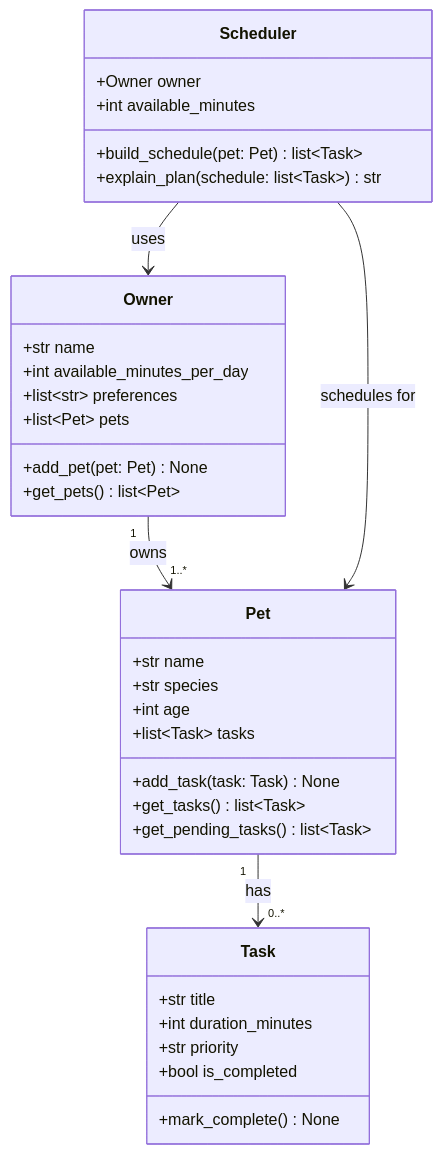
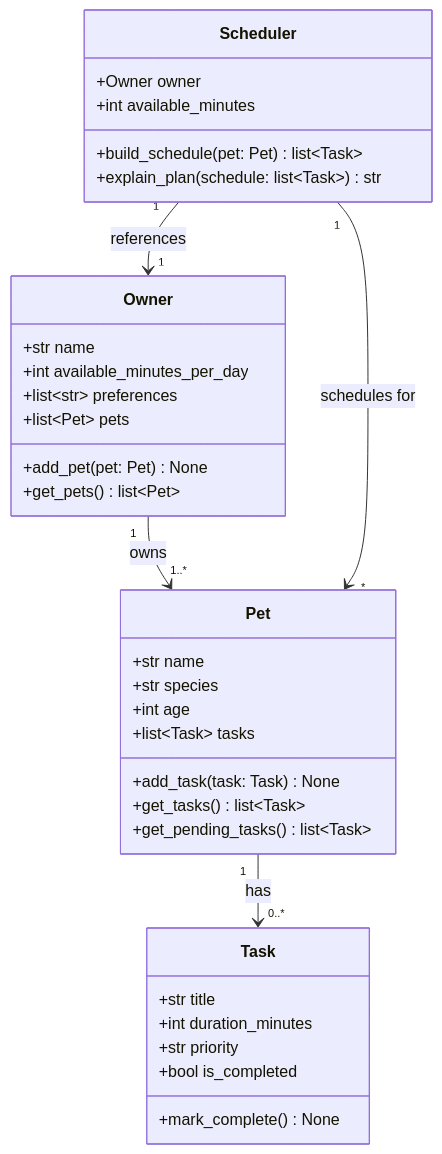
The second of 2 diagrams in plan.md (kyleclai/ai110-module2show-pawpal-starter), drawn with Mermaid before and after one commit. The commit also changed other lines of this file and 3 other files, not shown here.

````diff
--- a/plan.md
+++ b/plan.md
@@ -67,41 +145,41 @@
 ```mermaid
 classDiagram
     class Owner {
         +str name
         +int available_minutes_per_day
         +list~str~ preferences
         +list~Pet~ pets
         +add_pet(pet: Pet) None
         +get_pets() list~Pet~
     }
 
     class Pet {
         +str name
         +str species
         +int age
         +list~Task~ tasks
         +add_task(task: Task) None
         +get_tasks() list~Task~
         +get_pending_tasks() list~Task~
     }
 
     class Task {
         +str title
         +int duration_minutes
         +str priority
         +bool is_completed
         +mark_complete() None
     }
 
     class Scheduler {
         +Owner owner
         +int available_minutes
         +build_schedule(pet: Pet) list~Task~
         +explain_plan(schedule: list~Task~) str
     }
 
     Owner "1" --> "1..*" Pet : owns
     Pet "1" --> "0..*" Task : has
-    Scheduler --> Owner : uses
-    Scheduler --> Pet : schedules for
+    Scheduler "1" --> "1" Owner : references
+    Scheduler "1" --> "*" Pet : schedules for
 ```
````
